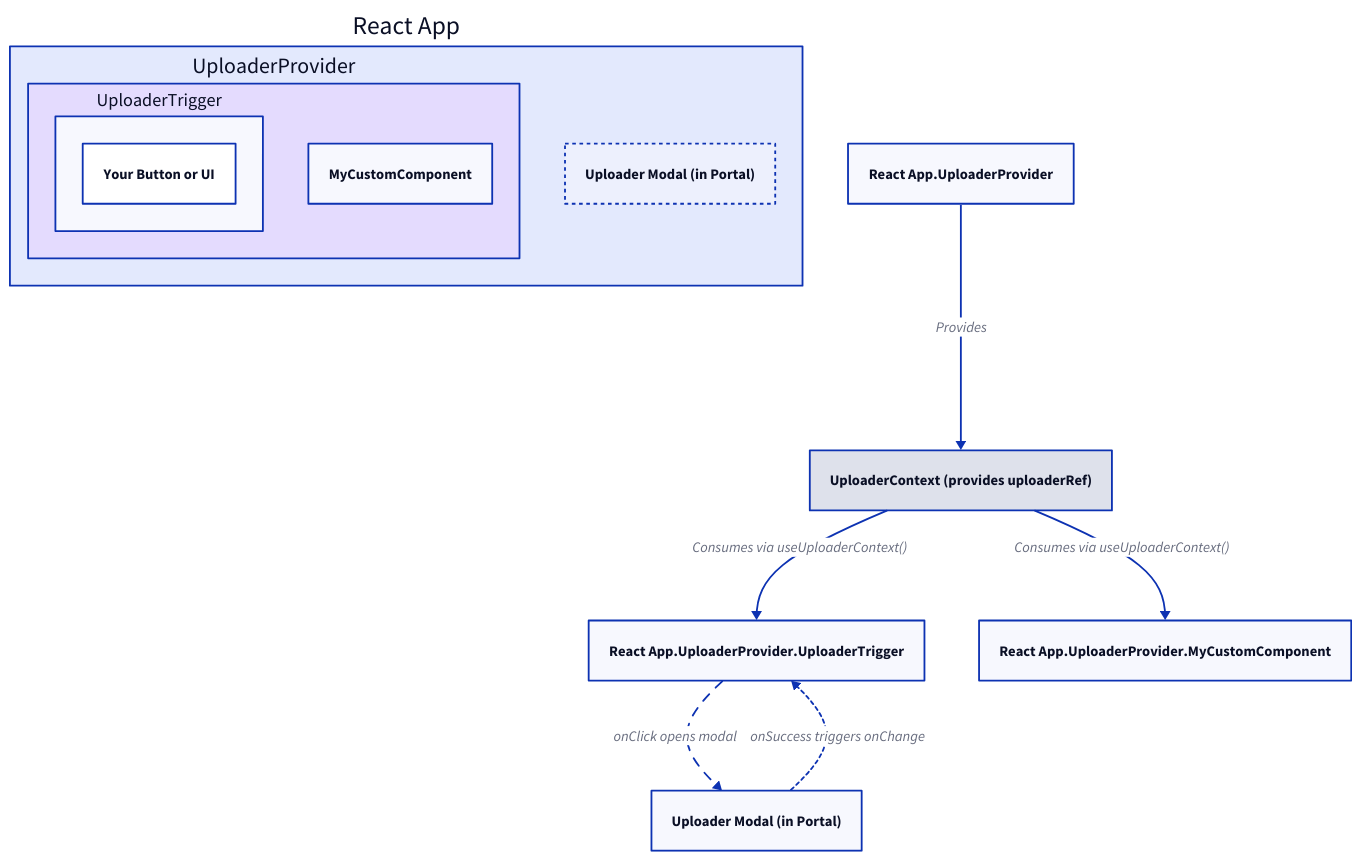
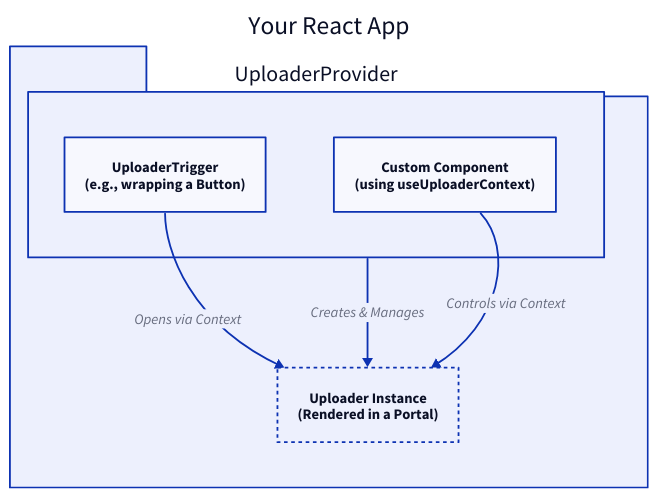
The diagram in .aigne/doc-smith/docs/api-reference-uploader-provider-hooks.md (blocklet/media-kit), drawn with D2 before and after one commit. The commit also changed other lines of this file and 26 other files, not shown here.

````diff
--- a/.aigne/doc-smith/docs/api-reference-uploader-provider-hooks.md
+++ b/.aigne/doc-smith/docs/api-reference-uploader-provider-hooks.md
@@ -7,33 +7,32 @@
 ```d2
 direction: down
 
-"React App": {
+"Your-React-App": {
+  shape: package
+  label: "Your React App"
+
   "UploaderProvider": {
-    style.fill: "#E4DBFE"
+    shape: rectangle
+    
     "UploaderTrigger": {
-      "Your Button or UI"
+      shape: rectangle
+      label: "UploaderTrigger\n(e.g., wrapping a Button)"
     }
-    "MyCustomComponent": {}
+    
+    "Custom-Component": {
+        shape: rectangle
+        label: "Custom Component\n(using useUploaderContext)"
+    }
   }
-  "Uploader Modal (in Portal)": {
+
+  "Uploader-Instance": {
+    shape: rectangle
+    label: "Uploader Instance\n(Rendered in a Portal)"
     style.stroke-dash: 2
   }
-}
 
-Context: "UploaderContext (provides uploaderRef)" {
-  style.fill: "#DEE1EB"
-}
-
-"React App.UploaderProvider" -> Context: "Provides"
-Context -> "React App.UploaderProvider.UploaderTrigger": "Consumes via useUploaderContext()"
-Context -> "React App.UploaderProvider.MyCustomComponent": "Consumes via useUploaderContext()"
-
-"React App.UploaderProvider.UploaderTrigger" -> "Uploader Modal (in Portal)": "onClick opens modal" {
-  style.animated: true
-}
-
-"Uploader Modal (in Portal)" -> "React App.UploaderProvider.UploaderTrigger": "onSuccess triggers onChange" {
-  style.animated: true
-  style.stroke-dash: 2
+  "UploaderProvider" -> "Uploader-Instance": "Creates & Manages"
+  UploaderProvider.UploaderTrigger -> "Uploader-Instance": "Opens via Context"
+  UploaderProvider."Custom-Component" -> "Uploader-Instance": "Controls via Context"
 }
 ```
````
